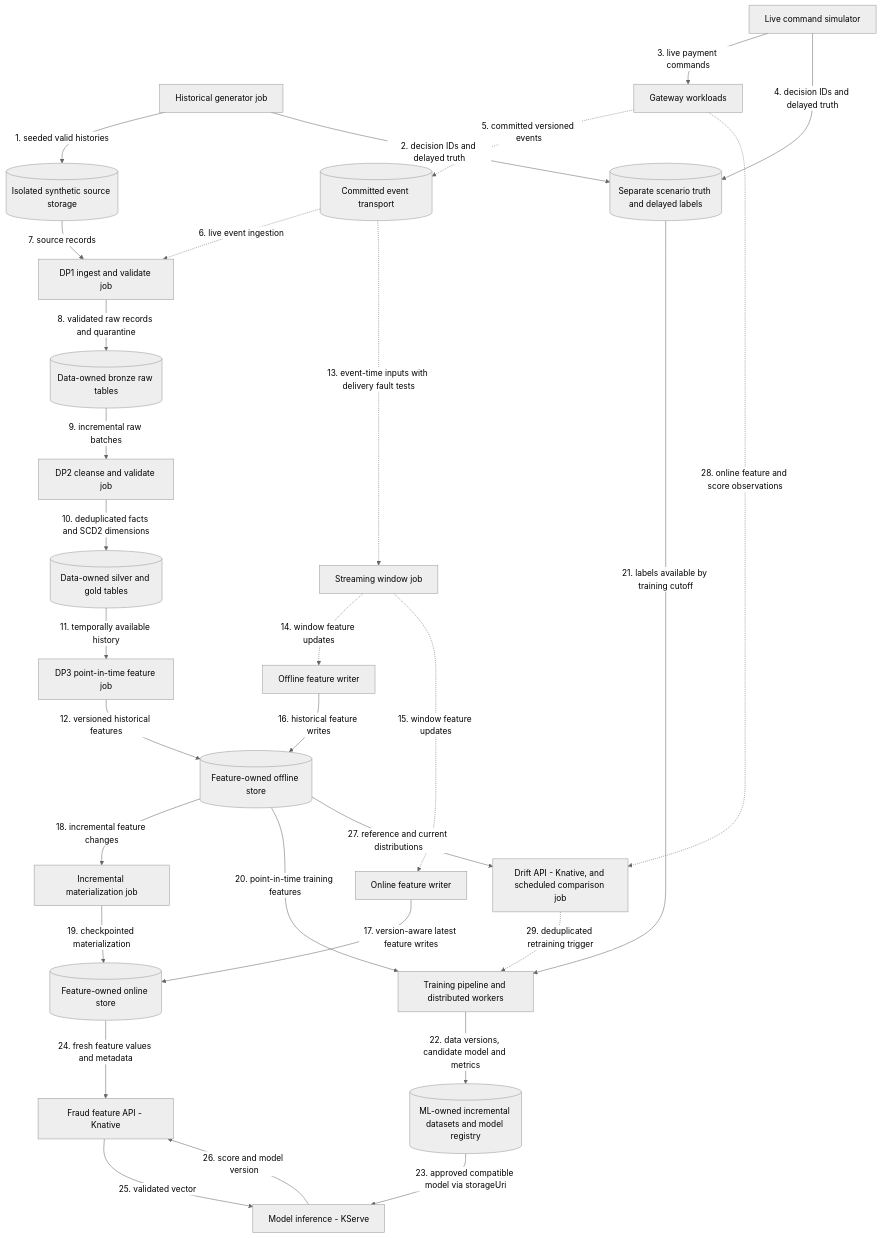
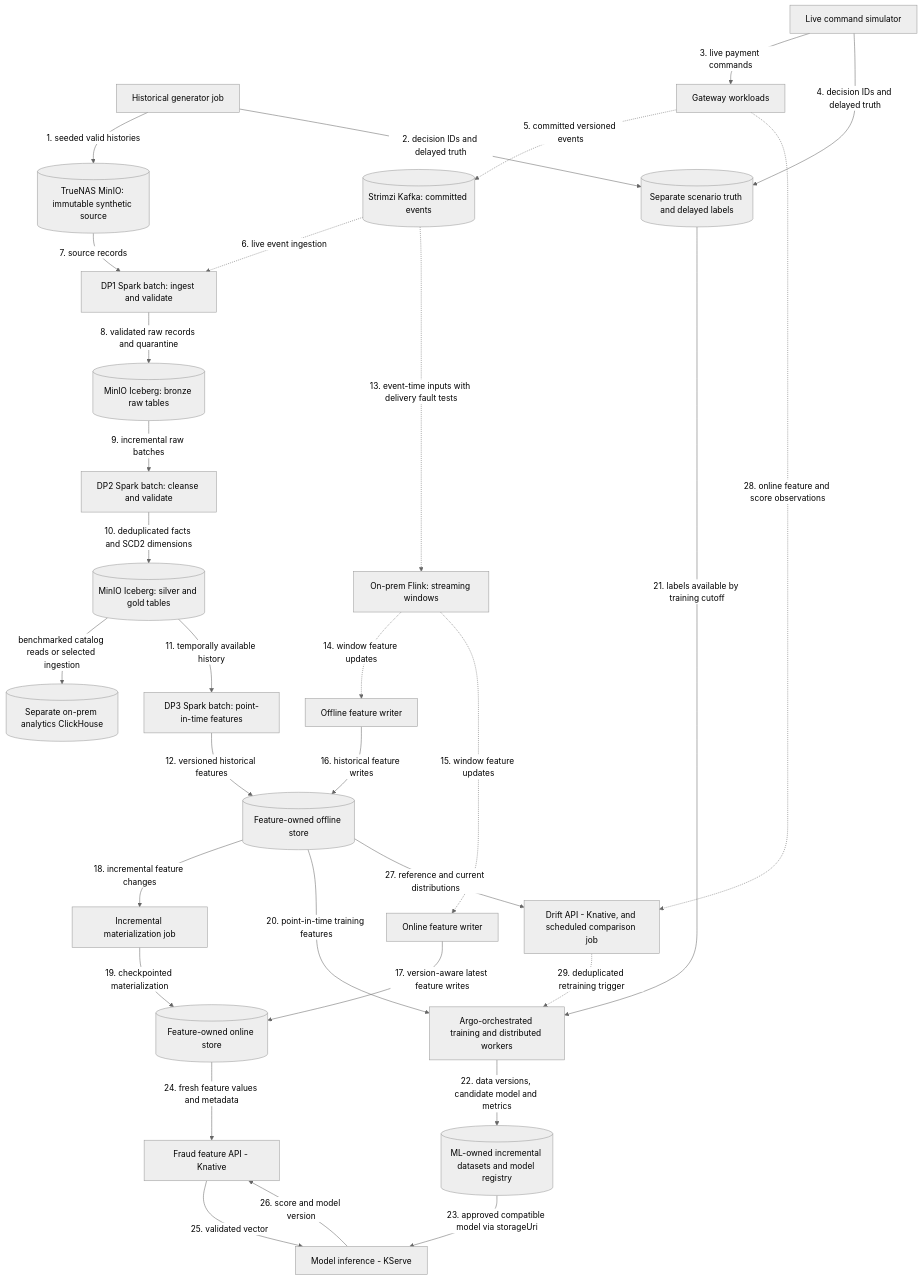
Before and after one commit to phuchoang2603/realtime-credit-card-fraud-detection: the diagram in docs/architecture/data-ml-flows.md, drawn with Mermaid (neutral theme). The commit also changed other lines of this file and 52 other files, not shown here.

````diff
--- a/docs/architecture/data-ml-flows.md
+++ b/docs/architecture/data-ml-flows.md
@@ -9,54 +9,56 @@
 ```mermaid
 flowchart TB
     H["Historical generator job"]
     L["Live command simulator"]
     G["Gateway workloads"]
     T[("Separate scenario truth and delayed labels")]
-    S[("Isolated synthetic source storage")]
-    Q[("Committed event transport")]
-    D1["DP1 ingest and validate job"]
-    B[("Data-owned bronze raw tables")]
-    D2["DP2 cleanse and validate job"]
-    C[("Data-owned silver and gold tables")]
-    D3["DP3 point-in-time feature job"]
+    S[("TrueNAS MinIO: immutable synthetic source")]
+    Q[("Strimzi Kafka: committed events")]
+    D1["DP1 Spark batch: ingest and validate"]
+    B[("MinIO Iceberg: bronze raw tables")]
+    D2["DP2 Spark batch: cleanse and validate"]
+    C[("MinIO Iceberg: silver and gold tables")]
+    CH[("Separate on-prem analytics ClickHouse")]
+    D3["DP3 Spark batch: point-in-time features"]
     O[("Feature-owned offline store")]
-    W["Streaming window job"]
+    W["On-prem Flink: streaming windows"]
     WO["Offline feature writer"]
     WN["Online feature writer"]
     N[("Feature-owned online store")]
     MT["Incremental materialization job"]
-    TR["Training pipeline and distributed workers"]
+    TR["Argo-orchestrated training and distributed workers"]
     MR[("ML-owned incremental datasets and model registry")]
     F["Fraud feature API - Knative"]
     I["Model inference - KServe"]
     D["Drift API - Knative, and scheduled comparison job"]
     H -->|"1. seeded valid histories"| S
     H -->|"2. decision IDs and delayed truth"| T
     L -->|"3. live payment commands"| G
     L -->|"4. decision IDs and delayed truth"| T
     G -.->|"5. committed versioned events"| Q
     Q -.->|"6. live event ingestion"| D1
     S -->|"7. source records"| D1
     D1 -->|"8. validated raw records and quarantine"| B
     B -->|"9. incremental raw batches"| D2
     D2 -->|"10. deduplicated facts and SCD2 dimensions"| C
+    C -->|"benchmarked catalog reads or selected ingestion"| CH
     C -->|"11. temporally available history"| D3
     D3 -->|"12. versioned historical features"| O
     Q -.->|"13. event-time inputs with delivery fault tests"| W
     W -.->|"14. window feature updates"| WO
     W -.->|"15. window feature updates"| WN
     WO -->|"16. historical feature writes"| O
     WN -->|"17. version-aware latest feature writes"| N
     O -->|"18. incremental feature changes"| MT
     MT -->|"19. checkpointed materialization"| N
     O -->|"20. point-in-time training features"| TR
     T -->|"21. labels available by training cutoff"| TR
     TR -->|"22. data versions, candidate model and metrics"| MR
     MR -->|"23. approved compatible model via storageUri"| I
     N -->|"24. fresh feature values and metadata"| F
     F -->|"25. validated vector"| I
     I -->|"26. score and model version"| F
     O -->|"27. reference and current distributions"| D
     G -.->|"28. online feature and score observations"| D
     D -.->|"29. deduplicated retraining trigger"| TR
 ```
````
